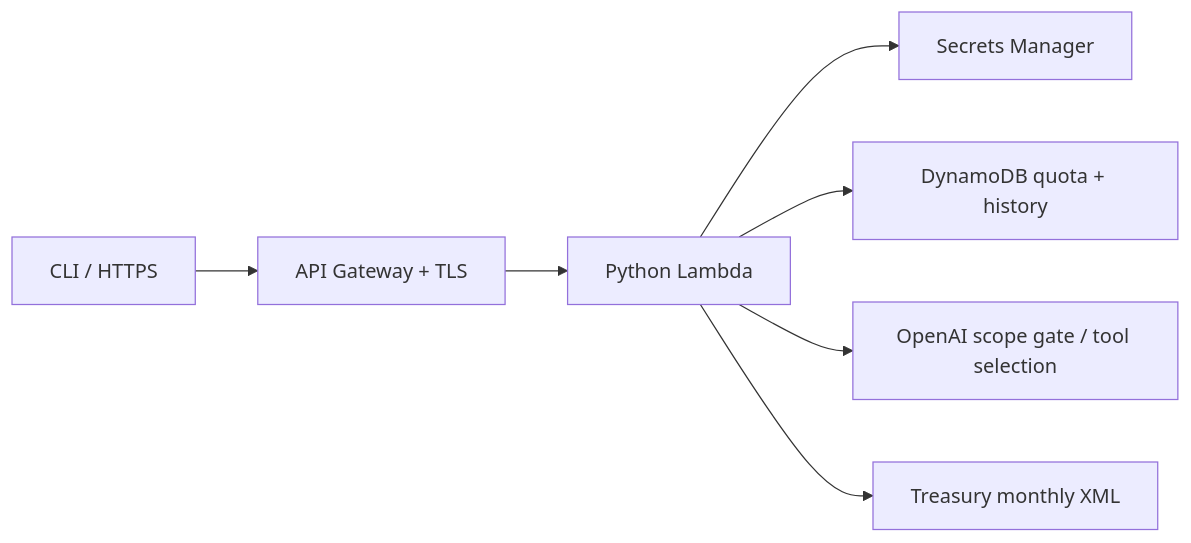
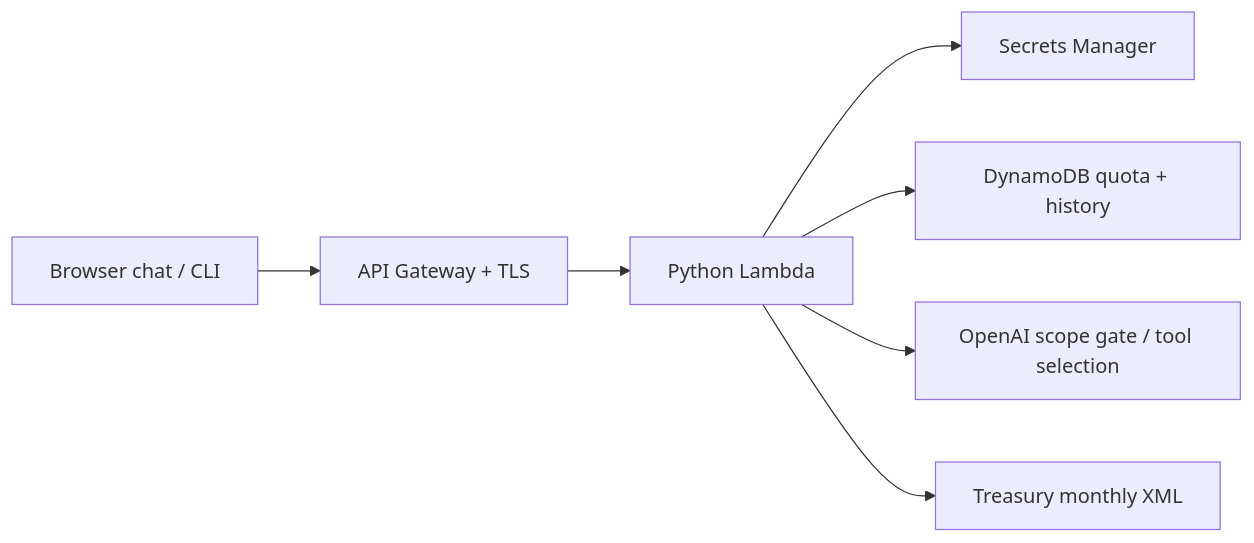
One commit to jeanbrianc/askbrieves changed the diagram in README.md. Above: the diagram before and after it, drawn with Mermaid. The commit also changed other lines of this file and 11 other files, not shown here.

````diff
--- a/README.md
+++ b/README.md
@@ -28,9 +30,9 @@
 ```mermaid
 flowchart LR
-    C[CLI / HTTPS] --> G[API Gateway + TLS]
+    C[Browser chat / CLI] --> G[API Gateway + TLS]
     G --> L[Python Lambda]
     L --> S[Secrets Manager]
     L --> D[DynamoDB quota + history]
     L --> O[OpenAI scope gate / tool selection]
     L --> T[Treasury monthly XML]
 ```
````
